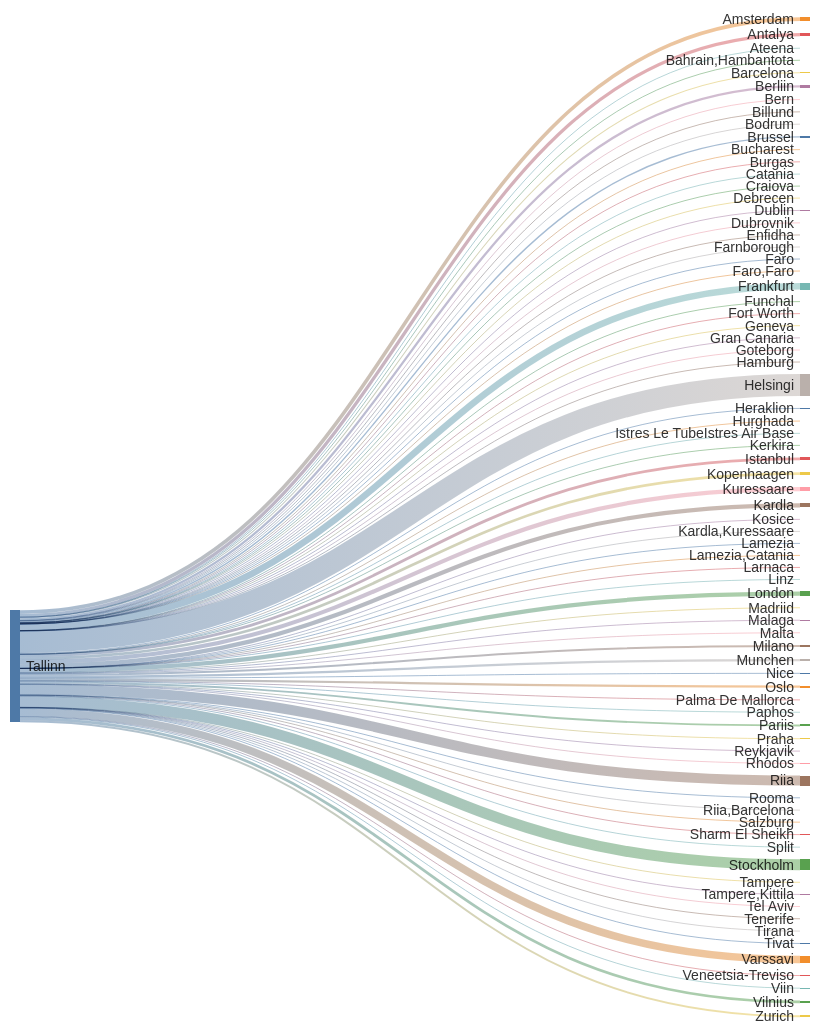
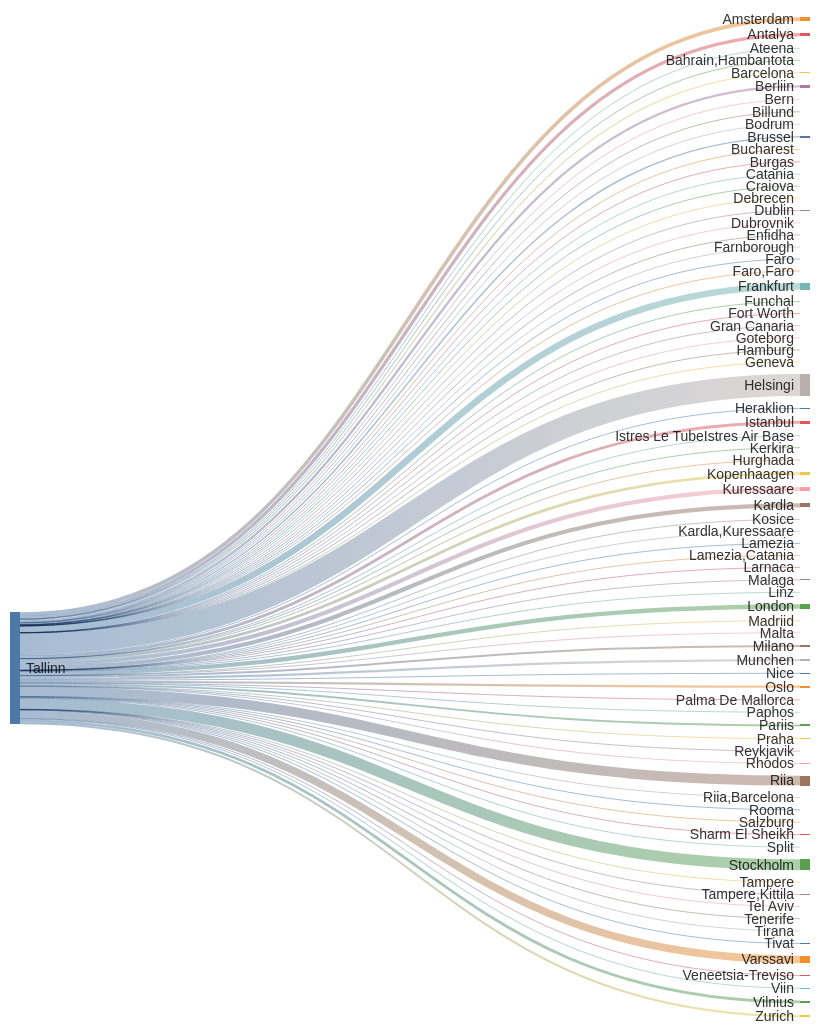
The second of 2 diagrams in README.md (rainermesi/tll-airport-departures), drawn with Mermaid before and after one commit. The commit also changed other lines of this file and 1 other file, not shown here.

````diff
--- a/README.md
+++ b/README.md
@@ -41,18 +41,18 @@
 ---
 sankey-beta
 %% source,target,value
-Tallinn,Amsterdam,491
-Tallinn,Antalya,441
+Tallinn,Amsterdam,493
+Tallinn,Antalya,442
 Tallinn,Ateena,16
 Tallinn,"Bahrain,Hambantota",1
 Tallinn,Barcelona,137
-Tallinn,Berliin,310
+Tallinn,Berliin,312
 Tallinn,Bern,1
 Tallinn,Billund,78
 Tallinn,Bodrum,11
-Tallinn,Brussel,189
+Tallinn,Brussel,190
 Tallinn,Bucharest,1
-Tallinn,Burgas,60
+Tallinn,Burgas,61
 Tallinn,Catania,2
 Tallinn,Craiova,1
 Tallinn,Debrecen,1
@@ -63,59 +63,59 @@
 Tallinn,Faro,4
 Tallinn,"Faro,Faro",1
 Tallinn,Fort Worth,1
-Tallinn,Frankfurt,891
+Tallinn,Frankfurt,894
 Tallinn,Funchal,5
 Tallinn,Geneva,13
 Tallinn,Gran Canaria,38
 Tallinn,Goteborg,2
 Tallinn,Hamburg,2
-Tallinn,Helsingi,2999
+Tallinn,Helsingi,3009
 Tallinn,Heraklion,102
 Tallinn,Hurghada,75
-Tallinn,Istanbul,390
+Tallinn,Istanbul,391
 Tallinn,Istres Le TubeIstres Air Base,2
 Tallinn,Kerkira,4
-Tallinn,Kopenhaagen,377
+Tallinn,Kopenhaagen,379
 Tallinn,Kosice,1
-Tallinn,Kuressaare,568
-Tallinn,Kardla,570
+Tallinn,Kuressaare,570
+Tallinn,Kardla,572
 Tallinn,"Kardla,Kuressaare",1
 Tallinn,Lamezia,1
 Tallinn,"Lamezia,Catania",3
 Tallinn,Larnaca,4
 Tallinn,Linz,2
-Tallinn,London,584
+Tallinn,London,586
 Tallinn,Madriid,4
 Tallinn,Malaga,121
 Tallinn,Malta,29
 Tallinn,Milano,273
-Tallinn,Munchen,306
+Tallinn,Munchen,308
 Tallinn,Nice,53
-Tallinn,Oslo,303
+Tallinn,Oslo,304
 Tallinn,Palma De Mallorca,33
 Tallinn,Paphos,66
-Tallinn,Pariis,261
-Tallinn,Praha,87
+Tallinn,Pariis,263
+Tallinn,Praha,88
 Tallinn,Reykjavik,20
-Tallinn,Rhodos,60
-Tallinn,Riia,1348
+Tallinn,Rhodos,61
+Tallinn,Riia,1352
 Tallinn,"Riia,Barcelona",1
 Tallinn,Rooma,80
 Tallinn,Salzburg,14
 Tallinn,Sharm El Sheikh,103
-Tallinn,Split,53
-Tallinn,Stockholm,1481
+Tallinn,Split,54
+Tallinn,Stockholm,1486
 Tallinn,Tampere,17
 Tallinn,"Tampere,Kittila",21
 Tallinn,Tel Aviv,2
 Tallinn,Tenerife,58
-Tallinn,Tirana,34
+Tallinn,Tirana,35
 Tallinn,Tivat,68
-Tallinn,Varssavi,1033
+Tallinn,Varssavi,1037
 Tallinn,Veneetsia-Treviso,67
 Tallinn,Viin,106
-Tallinn,Vilnius,375
-Tallinn,Zurich,267
+Tallinn,Vilnius,376
+Tallinn,Zurich,268
 
 
 ```
````
